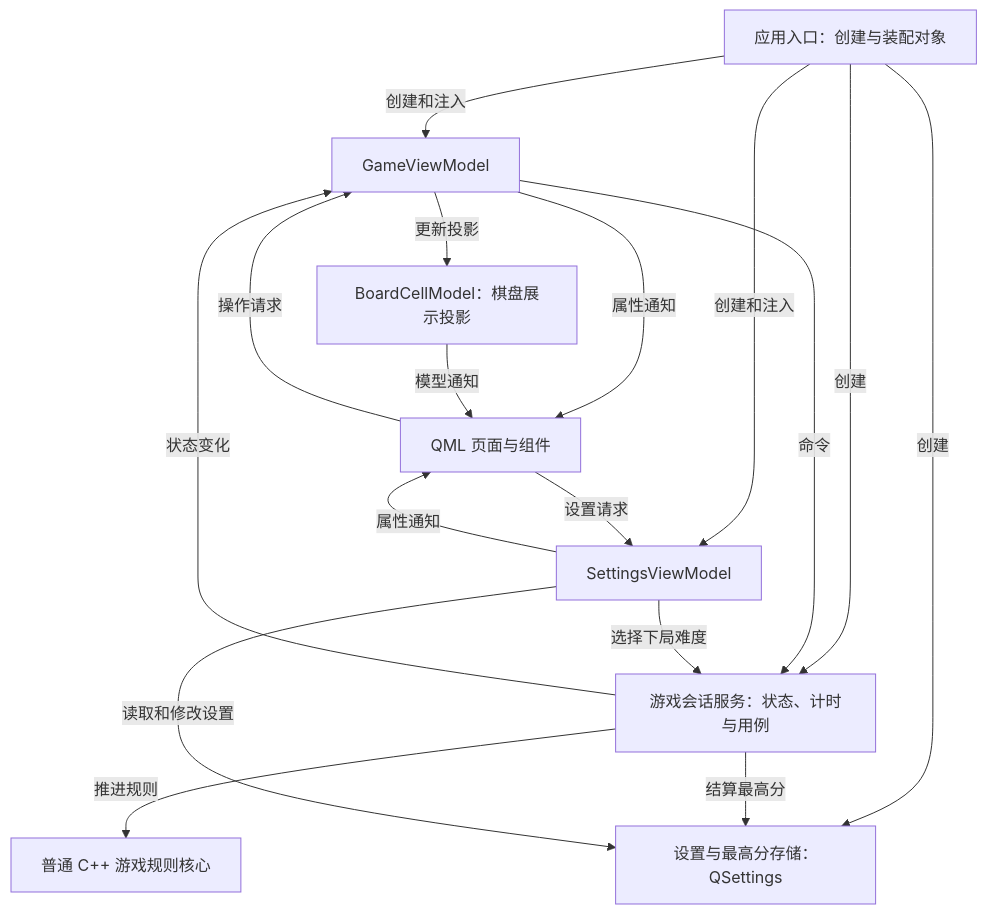
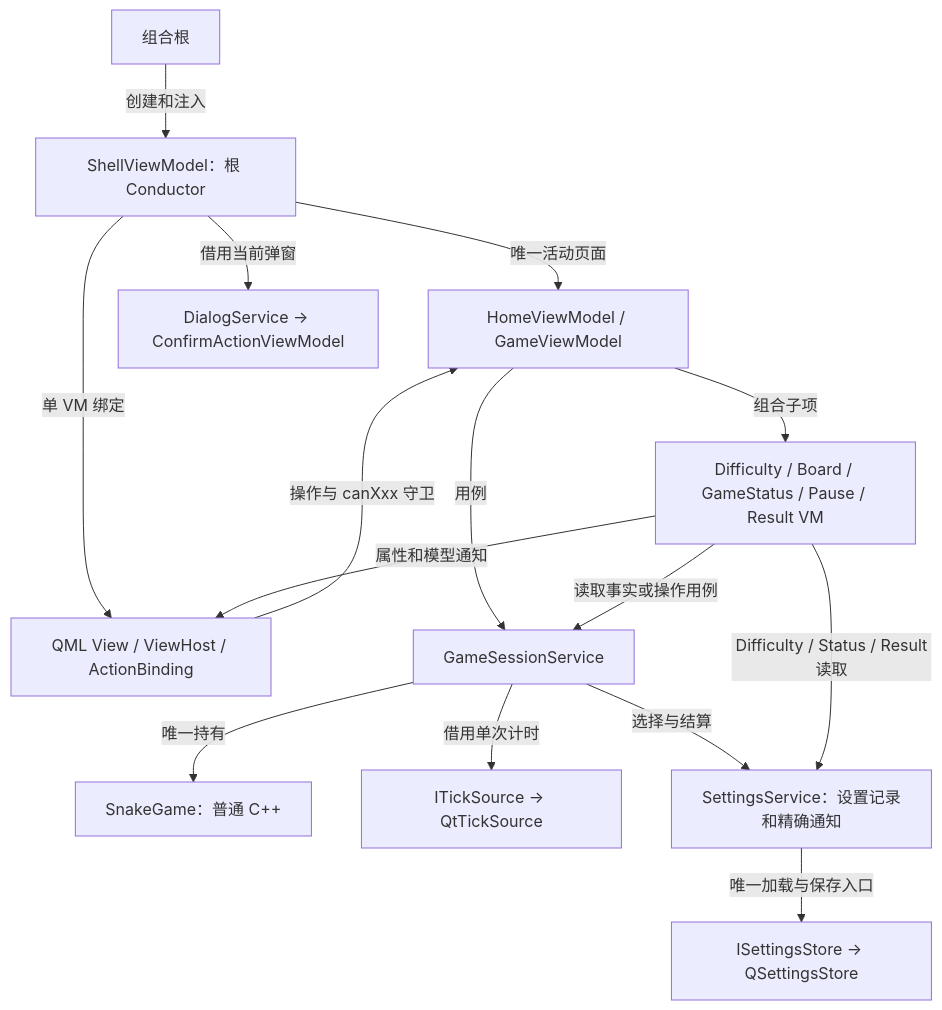
One commit to soapgu/qt-snake-lab changed the diagram in README.md. Above: the diagram before and after it, drawn with Mermaid. The commit also changed other lines of this file and 3 other files, not shown here.

````diff
--- a/README.md
+++ b/README.md
@@ -122,28 +126,17 @@
 ```mermaid
 flowchart TB
-    Entry["应用入口：创建与装配对象"]
-    View["QML 页面与组件"]
-    GameVM["GameViewModel"]
-    SettingsVM["SettingsViewModel"]
-    Board["BoardCellModel：棋盘展示投影"]
-    Session["游戏会话服务：状态、计时与用例"]
-    Core["普通 C++ 游戏规则核心"]
-    Store["设置与最高分存储：QSettings"]
-
-    Entry -->|创建和注入| GameVM
-    Entry -->|创建和注入| SettingsVM
-    Entry -->|创建| Session
-    Entry -->|创建| Store
-    GameVM -->|命令| Session
-    Session -->|状态变化| GameVM
-    Session -->|推进规则| Core
-    Session -->|结算最高分| Store
-    SettingsVM -->|读取和修改设置| Store
-    SettingsVM -->|选择下局难度| Session
-    GameVM -->|更新投影| Board
-    GameVM -->|属性通知| View
-    SettingsVM -->|属性通知| View
-    Board -->|模型通知| View
-    View -->|操作请求| GameVM
-    View -->|设置请求| SettingsVM
+    Entry["组合根"] -->|创建和注入| Shell["ShellViewModel：根 Conductor"]
+    Shell -->|唯一活动页面| Pages["HomeViewModel / GameViewModel"]
+    Pages -->|组合子项| Parts["Difficulty / Board / GameStatus / Pause / Result VM"]
+    Shell -->|借用当前弹窗| Dialog["DialogService → ConfirmActionViewModel"]
+    Shell -->|单 VM 绑定| Views["QML View / ViewHost / ActionBinding"]
+    Parts -->|属性和模型通知| Views
+    Views -->|操作与 canXxx 守卫| Pages
+    Pages -->|用例| Session["GameSessionService"]
+    Parts -->|读取事实或操作用例| Session
+    Session -->|唯一持有| Core["SnakeGame：普通 C++"]
+    Session -->|借用单次计时| Clock["ITickSource → QtTickSource"]
+    Session -->|选择与结算| Settings["SettingsService：设置记录和精确通知"]
+    Parts -->|Difficulty / Status / Result读取| Settings
+    Settings -->|唯一加载与保存入口| Store["ISettingsStore → QSettingsStore"]
 ```
````
